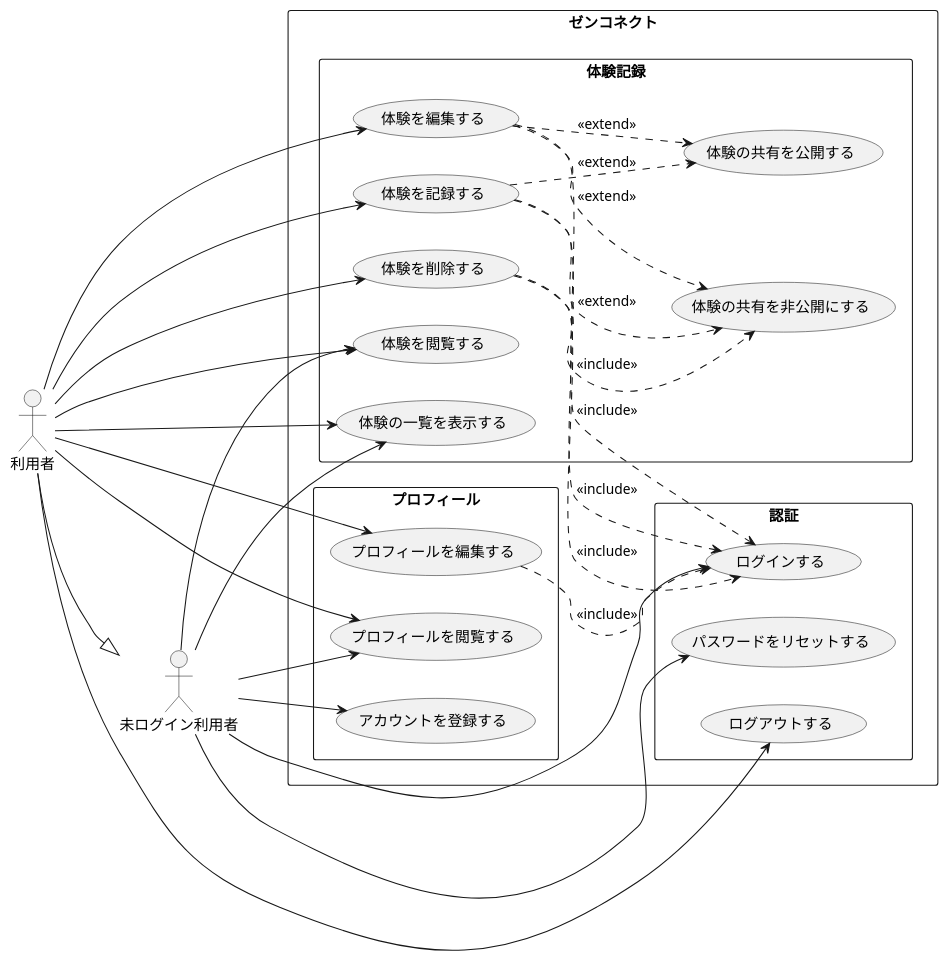
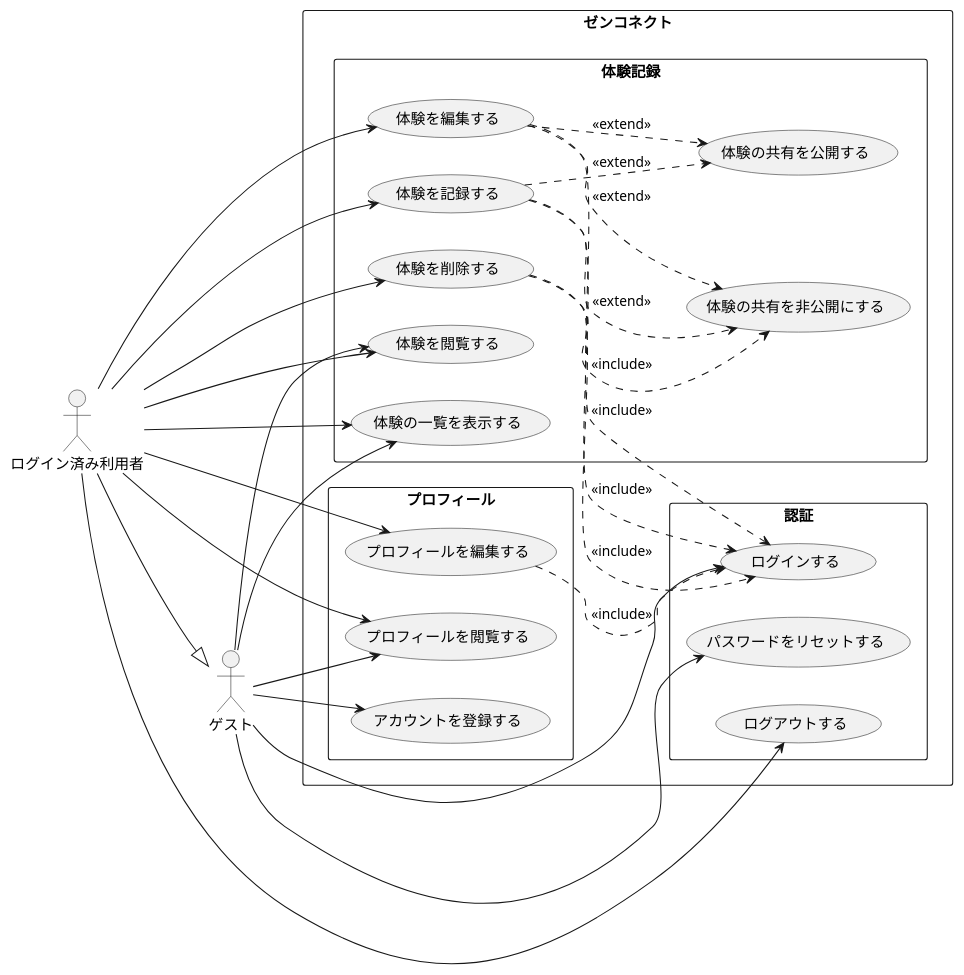
The diagram in domain-modering/2_usecase.md (Hiroshi0900/zen-connct), drawn with PlantUML before and after one commit. The commit also changed 3 other files, not shown here.

```diff
--- a/domain-modering/2_usecase.md
+++ b/domain-modering/2_usecase.md
@@ -1,65 +1,65 @@
 @startuml "zenconnect - ユースケース図"
 left to right direction
 skinparam packageStyle rectangle
 
-actor "利用者" as User
-actor "未ログイン利用者" as Guest
+actor "ログイン済み利用者" as User
+actor "ゲスト" as Guest
 
 rectangle "ゼンコネクト" {
     package "プロフィール" {
         usecase "アカウントを登録する" as UC1
         usecase "プロフィールを編集する" as UC2
         usecase "プロフィールを閲覧する" as UC6
     }
     package "認証" {
         usecase "ログインする" as UC3
         usecase "ログアウトする" as UC4
         usecase "パスワードをリセットする" as UC5
     }
     package "体験記録" {
         usecase "体験を記録する" as UC7
         usecase "体験を編集する" as UC8
         usecase "体験を閲覧する" as UC9
         usecase "体験の一覧を表示する" as UC12
         usecase "体験を削除する" as UC10
         usecase "体験の共有を公開する" as UC11
         usecase "体験の共有を非公開にする" as UC13
     }
 }
 
 ' ログイン済みユーザーのアクション
 User --> UC2
 User --> UC4
 User --> UC6
 User --> UC7
 User --> UC8
 User --> UC9
 User --> UC10
 User --> UC12
 
 ' 未ログインユーザーのアクション
 Guest --> UC1
 Guest --> UC3
 Guest --> UC5
 Guest --> UC6
 Guest --> UC9
 Guest --> UC12
 
 ' ユースケース間の関係
 ' 更新系はログイン必須
 UC2 ..> UC3: <<include>>
 UC7 ..> UC3: <<include>>
 UC8 ..> UC3: <<include>>
 UC10 ..> UC3: <<include>>
 
 ' 体験記録の公開/非公開設定
 UC7 ..> UC11: <<extend>>
 UC7 ..> UC13: <<extend>>
 UC8 ..> UC11: <<extend>>
 UC8 ..> UC13: <<extend>>
 UC10 ..> UC13: <<include>>
 
 ' 継承関係
 User --|> Guest
 
 @enduml
```
